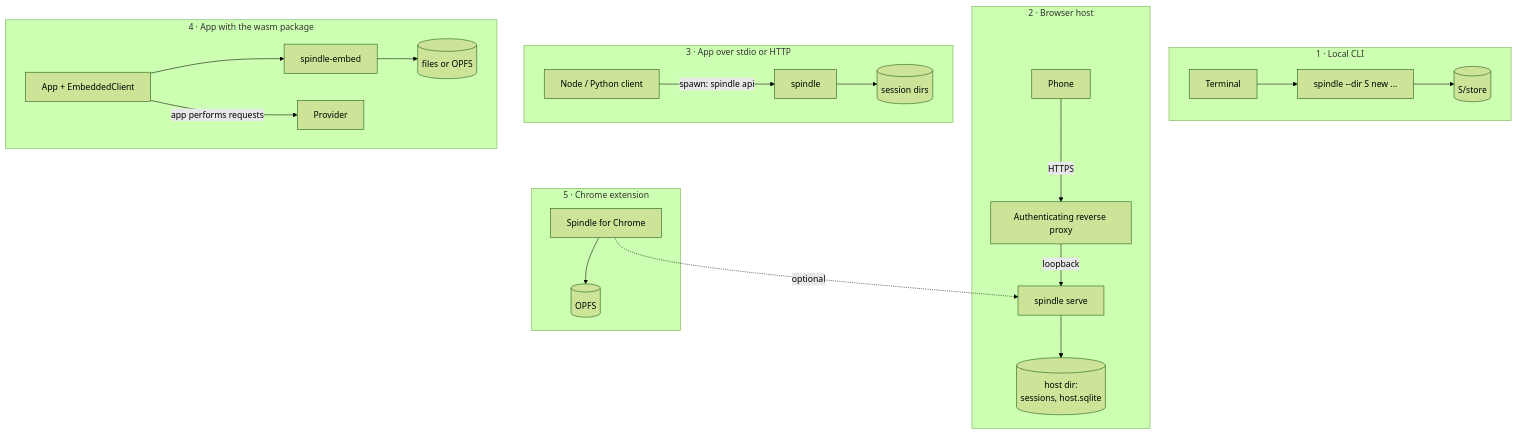
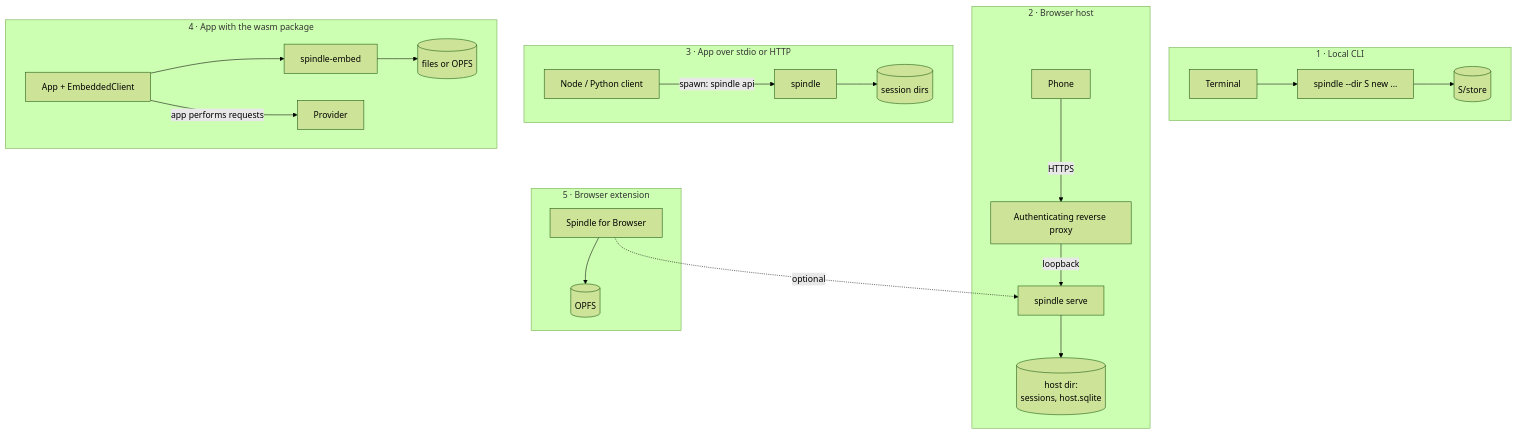
Before and after one commit to SiliconState/Spindle: the sixth of 6 diagrams in docs/architecture.md, drawn with Mermaid (forest theme). The commit also changed other lines of this file and 24 other files, not shown here.

First line of the commit message:
Spindle for Browser: releases, build notes and its name

````diff
--- a/docs/architecture.md
+++ b/docs/architecture.md
@@ -260,20 +260,20 @@
 ```mermaid
 flowchart TB
     subgraph A["1 · Local CLI"]
         A1["Terminal"] --> A2["spindle --dir S new ..."] --> A3[("S/store")]
     end
     subgraph B["2 · Browser host"]
         B1["Phone"] -->|"HTTPS"| B2["Authenticating reverse proxy"] -->|"loopback"| B3["spindle serve"] --> B4[("host dir:<br/>sessions, host.sqlite")]
     end
     subgraph C["3 · App over stdio or HTTP"]
         C1["Node / Python client"] -->|"spawn: spindle api"| C2["spindle"] --> C3[("session dirs")]
     end
     subgraph D["4 · App with the wasm package"]
         D1["App + EmbeddedClient"] --> D2["spindle-embed"] --> D3[("files or OPFS")]
         D1 -->|"app performs requests"| D4["Provider"]
     end
-    subgraph E["5 · Chrome extension"]
-        E1["Spindle for Chrome"] --> E2[("OPFS")]
+    subgraph E["5 · Browser extension"]
+        E1["Spindle for Browser"] --> E2[("OPFS")]
         E1 -.->|"optional"| B3
     end
 ```
````
